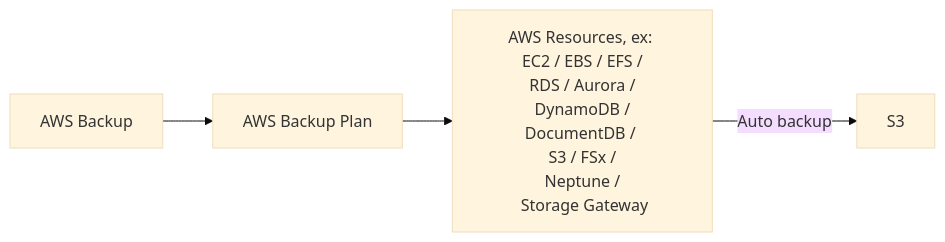
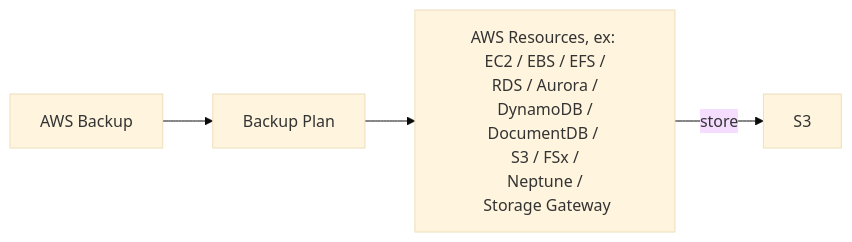
One commit to cool21540125/documentation-notes changed diagram 12 of 12 in aws/cert-SAA_C02.md. Above: the diagram before and after it, drawn with Mermaid (base theme). The commit also changed other lines of this file and 22 other files, not shown here.

````diff
--- a/aws/cert-SAA_C02.md
+++ b/aws/cert-SAA_C02.md
@@ -714,11 +710,11 @@
 ```mermaid
 flowchart LR
 
 backup["AWS Backup"]
-plan["AWS Backup Plan"]
+plan["Backup Plan"]
 rr["AWS Resources, ex: \n EC2 / EBS / EFS / \n RDS / Aurora / \n DynamoDB / DocumentDB / \n S3 / FSx / \n Neptune / \n Storage Gateway"]
 
 backup --> plan;
 plan --> rr;
-rr -- "Auto backup" --> S3;
+rr -- "store" --> S3;
 ```
````
